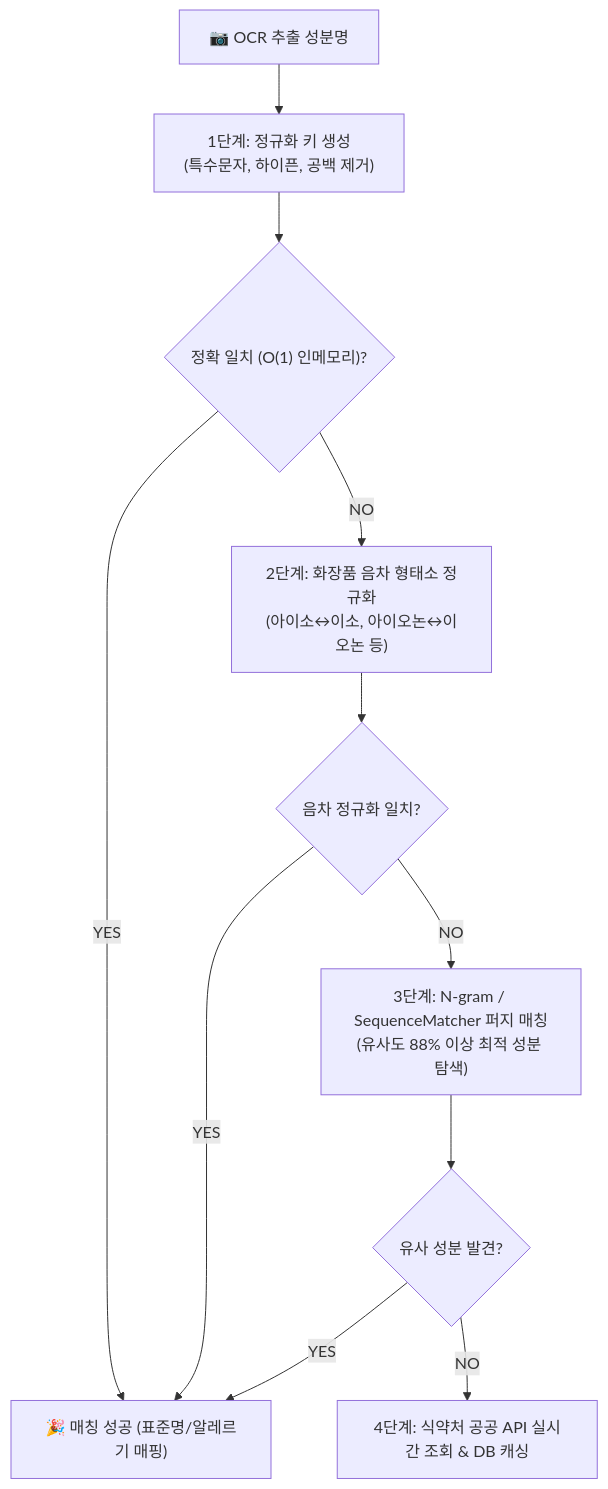
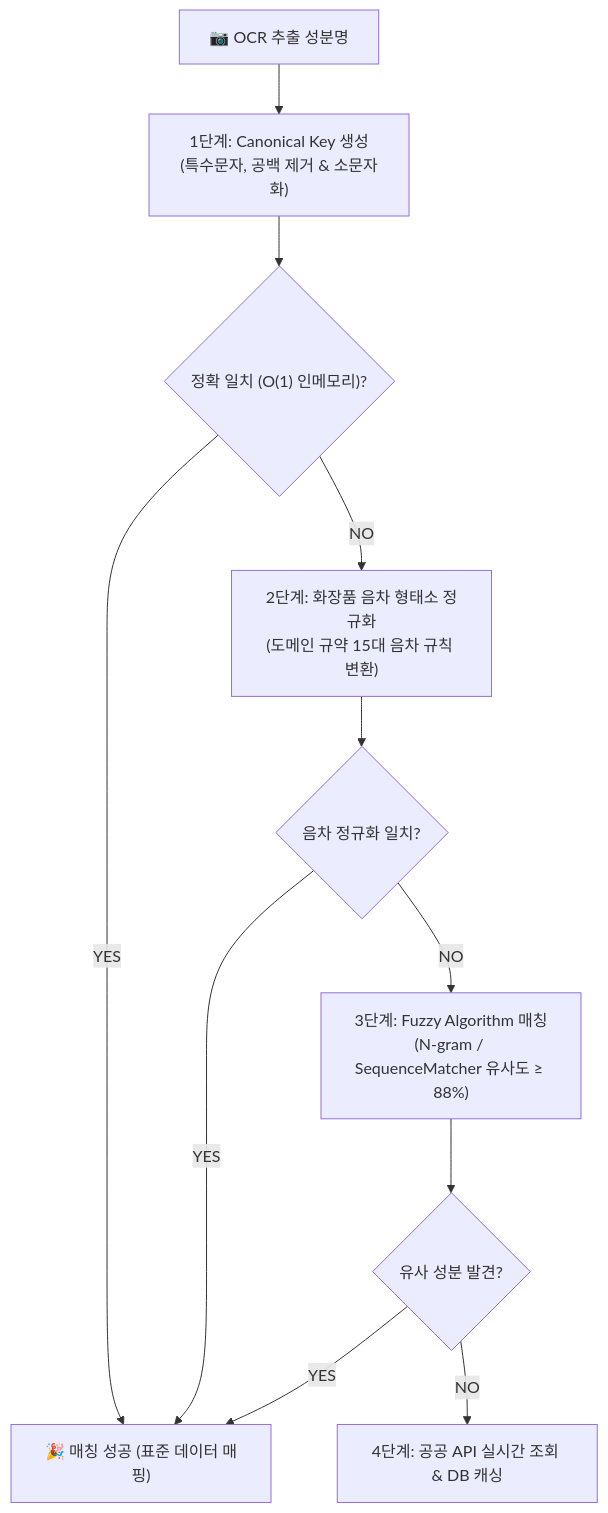
The diagram in content/posts/picksafe/2026-08-27-지능형-성분-자동-매칭-엔진-음차정규화-및-퍼지매칭-구축.md (daniel-dataflow/daniel-dataflow.github.io), drawn with Mermaid before and after one commit. The commit also changed other lines of this file and 64 other files, not shown here.

````diff
--- a/content/posts/picksafe/2026-08-27-지능형-성분-자동-매칭-엔진-음차정규화-및-퍼지매칭-구축.md
+++ b/content/posts/picksafe/2026-08-27-지능형-성분-자동-매칭-엔진-음차정규화-및-퍼지매칭-구축.md
@@ -47,13 +37,13 @@
 ```mermaid
 flowchart TD
-    A["📷 OCR 추출 성분명"] --> B["1단계: 정규화 키 생성<br>(특수문자, 하이픈, 공백 제거)"]
+    A["📷 OCR 추출 성분명"] --> B["1단계: Canonical Key 생성<br>(특수문자, 공백 제거 & 소문자화)"]
     B --> C{"정확 일치 (O(1) 인메모리)?"}
-    C -- "YES" --> Z["🎉 매칭 성공 (표준명/알레르기 매핑)"]
-    C -- "NO" --> D["2단계: 화장품 음차 형태소 정규화<br>(아이소↔이소, 아이오논↔이오논 등)"]
+    C -- "YES" --> Z["🎉 매칭 성공 (표준 데이터 매핑)"]
+    C -- "NO" --> D["2단계: 화장품 음차 형태소 정규화<br>(도메인 규약 15대 음차 규칙 변환)"]
     D --> E{"음차 정규화 일치?"}
     E -- "YES" --> Z
-    E -- "NO" --> F["3단계: N-gram / SequenceMatcher 퍼지 매칭<br>(유사도 88% 이상 최적 성분 탐색)"]
+    E -- "NO" --> F["3단계: Fuzzy Algorithm 매칭<br>(N-gram / SequenceMatcher 유사도 ≥ 88%)"]
     F --> G{"유사 성분 발견?"}
     G -- "YES" --> Z
-    G -- "NO" --> H["4단계: 식약처 공공 API 실시간 조회 & DB 캐싱"]
+    G -- "NO" --> H["4단계: 공공 API 실시간 조회 & DB 캐싱"]
 ```
````
